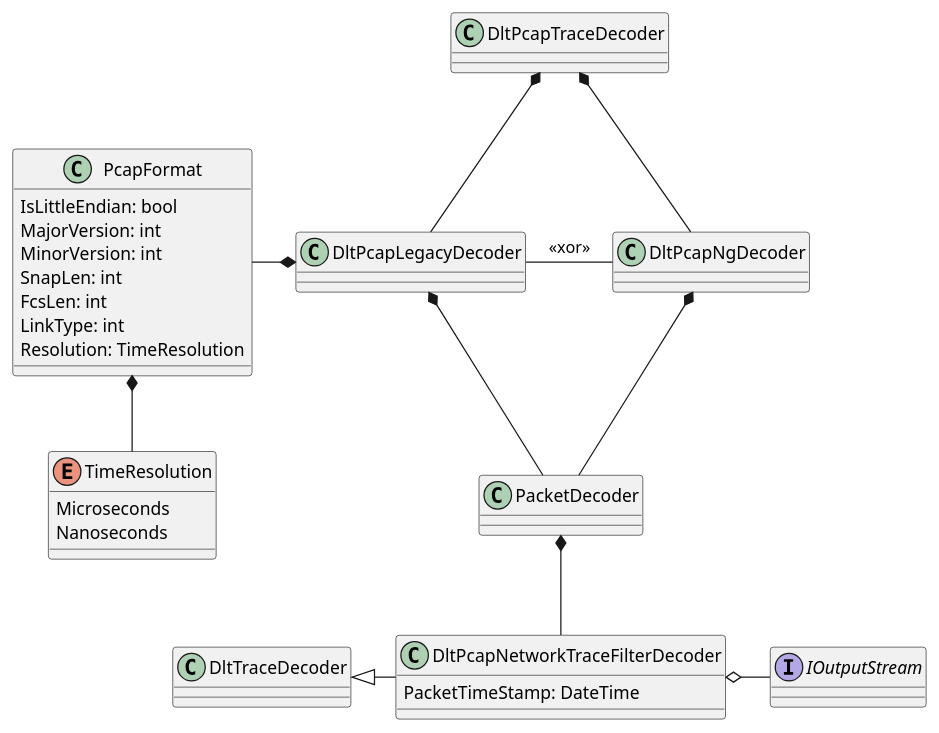
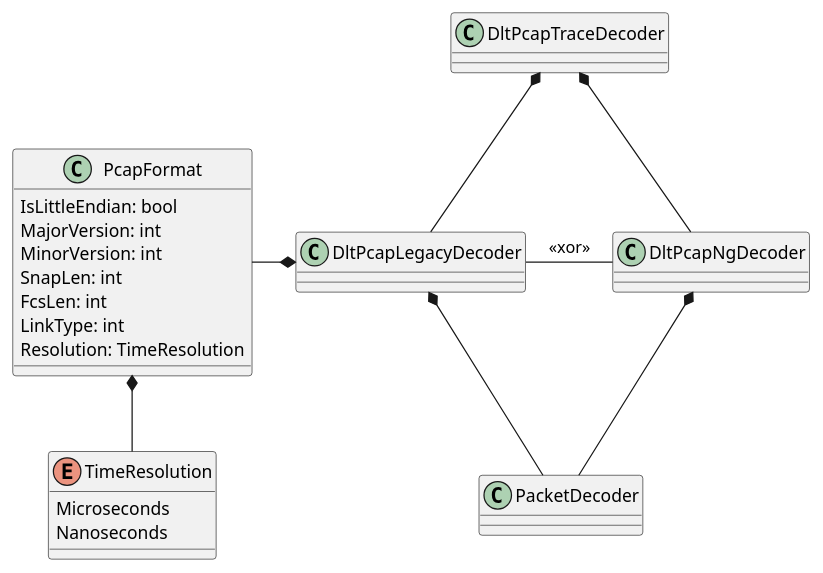
Before and after one commit to jcurl/RJCP.DLL.Log: the diagram in apps/DltDump/docs/diagrams/dltpcaptracedecoder.plantuml, drawn with PlantUML. The commit also changed 6 other files, not shown here.

```diff
--- a/apps/DltDump/docs/diagrams/dltpcaptracedecoder.plantuml
+++ b/apps/DltDump/docs/diagrams/dltpcaptracedecoder.plantuml
@@ -1,45 +1,32 @@
 @startuml DltPcapTraceDecoder
 
 class DltPcapTraceDecoder
 class DltPcapLegacyDecoder
 class DltPcapNgDecoder
-'class DltLineBuilder
-'interface ITraceDecoder<DltTraceLineBase>
 
 DltPcapTraceDecoder *-d- DltPcapLegacyDecoder
 DltPcapTraceDecoder *-d- DltPcapNgDecoder
 DltPcapLegacyDecoder -r- DltPcapNgDecoder : <<xor>>
 
 enum TimeResolution {
     Microseconds
     Nanoseconds
 }
 
 class PcapFormat {
     IsLittleEndian: bool
     MajorVersion: int
     MinorVersion: int
     SnapLen: int
     FcsLen: int
     LinkType: int
     Resolution: TimeResolution
 }
 PcapFormat *-d- TimeResolution
 
 DltPcapLegacyDecoder *-l- PcapFormat
 DltPcapLegacyDecoder *-d- PacketDecoder
 
 DltPcapNgDecoder *-d- PacketDecoder
 
-class DltPcapNetworkTraceFilterDecoder {
-    PacketTimeStamp: DateTime
-}
-PacketDecoder *-d- DltPcapNetworkTraceFilterDecoder
-
-class DltTraceDecoder
-DltPcapNetworkTraceFilterDecoder -l-|> DltTraceDecoder
-
-interface IOutputStream
-DltPcapNetworkTraceFilterDecoder o-r- IOutputStream
-
 @enduml
```
